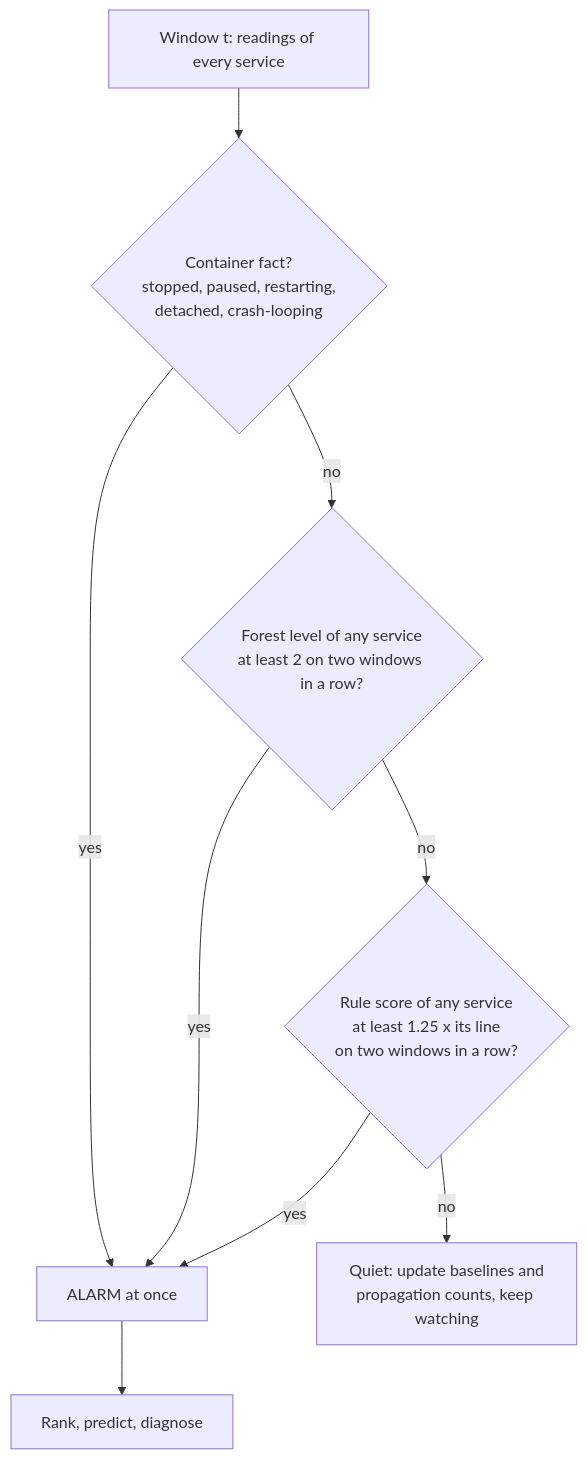
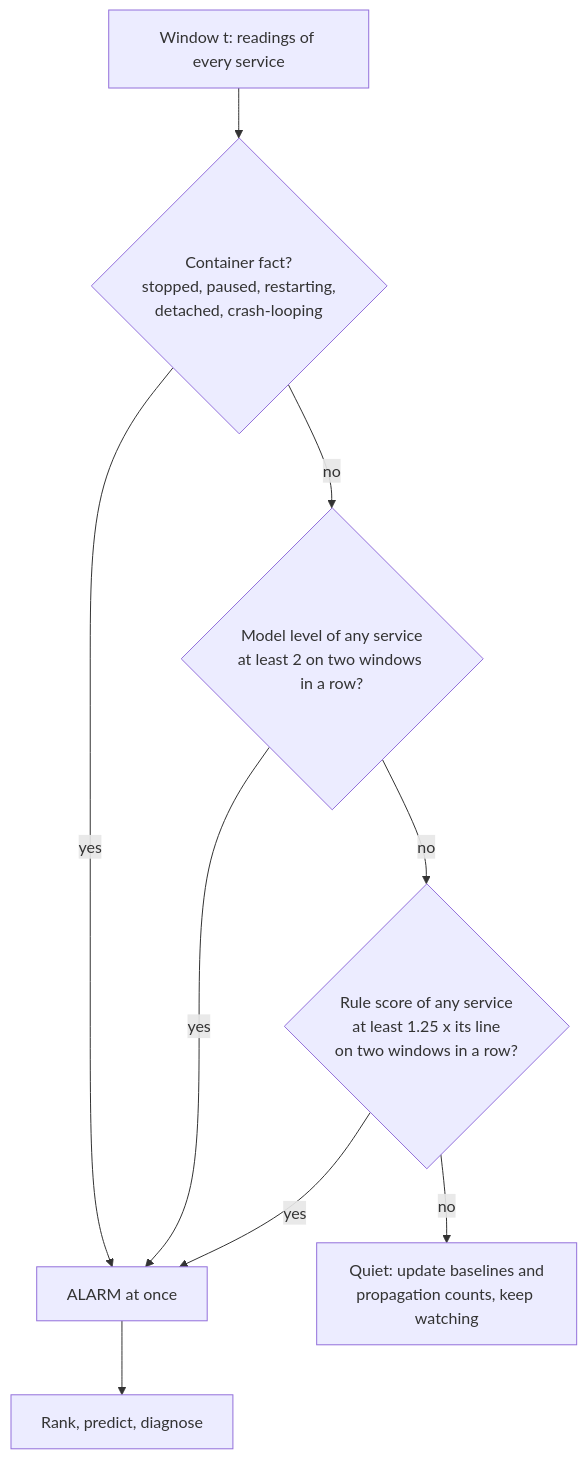
One commit to Royson-salis-18/microservice-mapper changed the diagram in report/diagrams/d_detection_flow.mmd. Above: the diagram before and after it, drawn with Mermaid. The commit also changed 55 other files, not shown here.

Commit message:
ML correction: rules row in the levels harness, drift reverted to two minutes, report and figures refreshed (reruns in progress)

```diff
--- a/report/diagrams/d_detection_flow.mmd
+++ b/report/diagrams/d_detection_flow.mmd
@@ -1,9 +1,9 @@
 flowchart TD
   X["Window t: readings of every service"] --> F{"Container fact?<br/>stopped, paused, restarting,<br/>detached, crash-looping"}
   F -- yes --> A["ALARM at once"]
-  F -- no --> L{"Forest level of any service<br/>at least 2 on two windows in a row?"}
+  F -- no --> L{"Model level of any service<br/>at least 2 on two windows in a row?"}
   L -- yes --> A
   L -- no --> R{"Rule score of any service<br/>at least 1.25 x its line<br/>on two windows in a row?"}
   R -- yes --> A
   R -- no --> Q["Quiet: update baselines and<br/>propagation counts, keep watching"]
   A --> K["Rank, predict, diagnose"]
```
